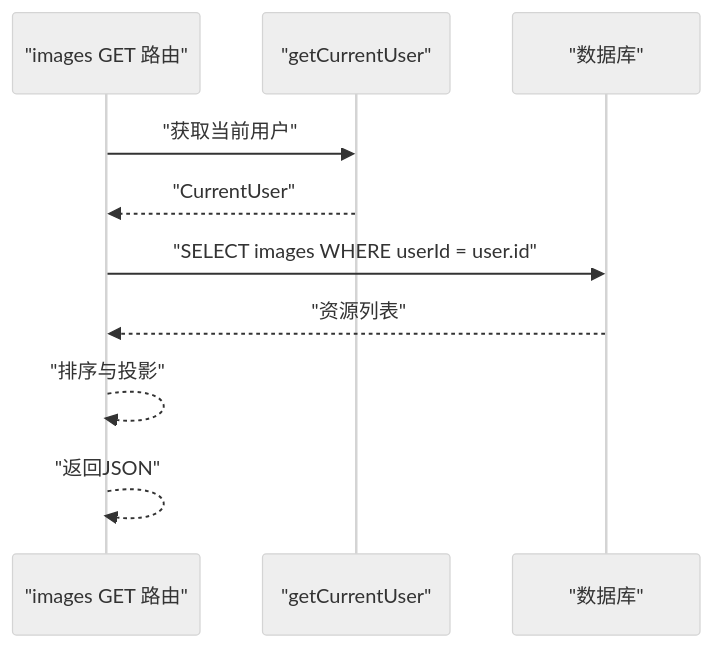
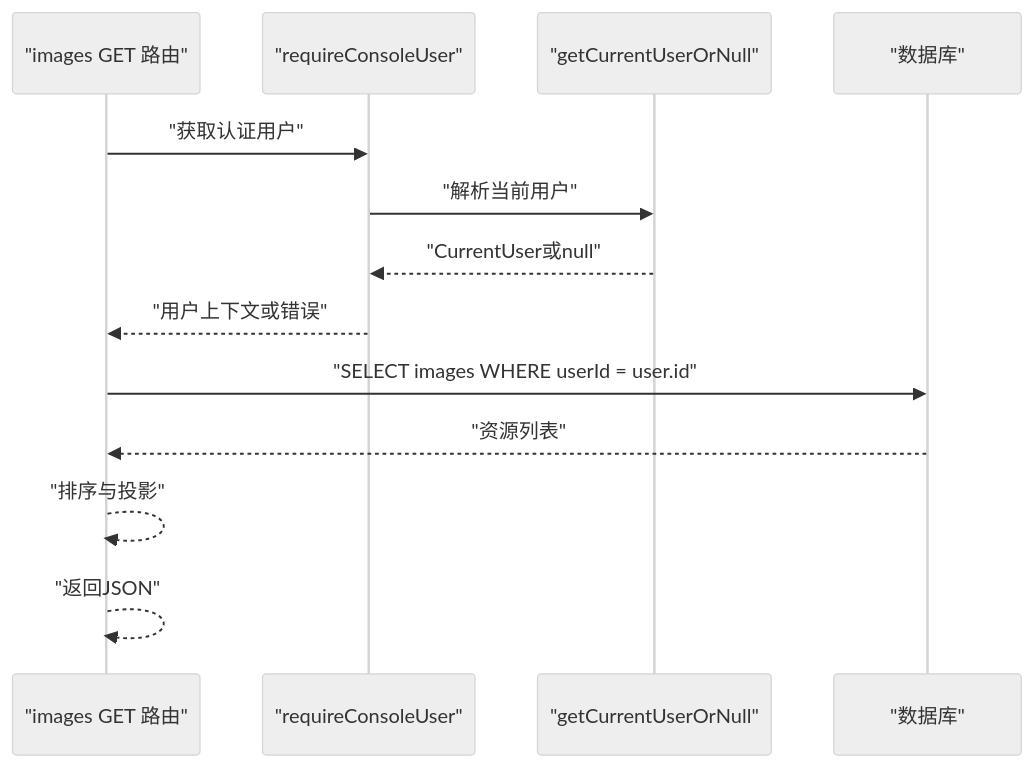
The sixth of 7 diagrams in .qoder/repowiki/zh/content/核心模块/认证系统.md (pnnh/weable), drawn with Mermaid (neutral theme) before and after one commit. The commit also changed other lines of this file and 161 other files, not shown here.

````diff
--- a/.qoder/repowiki/zh/content/核心模块/认证系统.md
+++ b/.qoder/repowiki/zh/content/核心模块/认证系统.md
@@ -216,12 +289,15 @@
 ```mermaid
 sequenceDiagram
 participant Route as "images GET 路由"
-participant Auth as "getCurrentUser"
+participant Gate as "requireConsoleUser"
+participant Auth as "getCurrentUserOrNull"
 participant DB as "数据库"
-Route->>Auth : "获取当前用户"
-Auth-->>Route : "CurrentUser"
+Route->>Gate : "获取认证用户"
+Gate->>Auth : "解析当前用户"
+Auth-->>Gate : "CurrentUser或null"
+Gate-->>Route : "用户上下文或错误"
 Route->>DB : "SELECT images WHERE userId = user.id"
 DB-->>Route : "资源列表"
 Route-->>Route : "排序与投影"
 Route-->>Route : "返回JSON"
 ```
````
